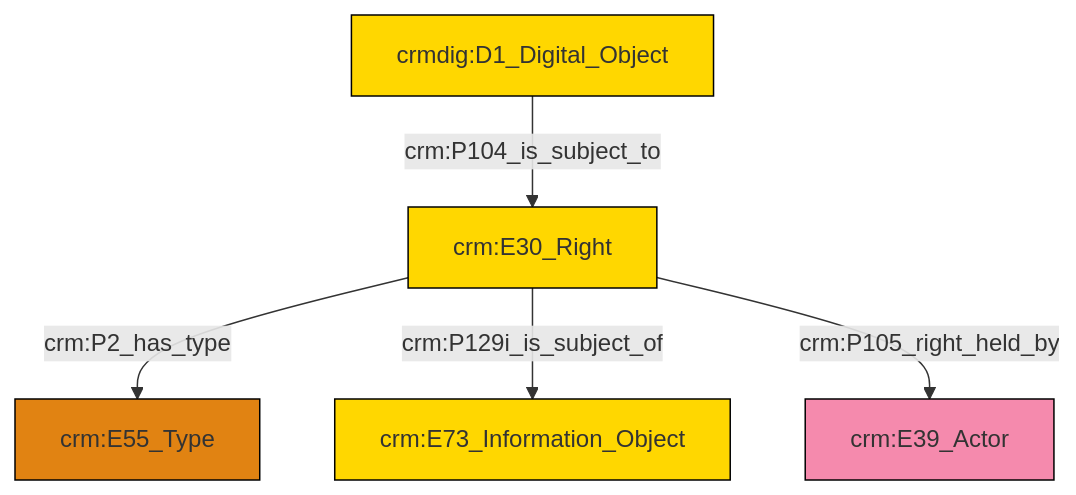
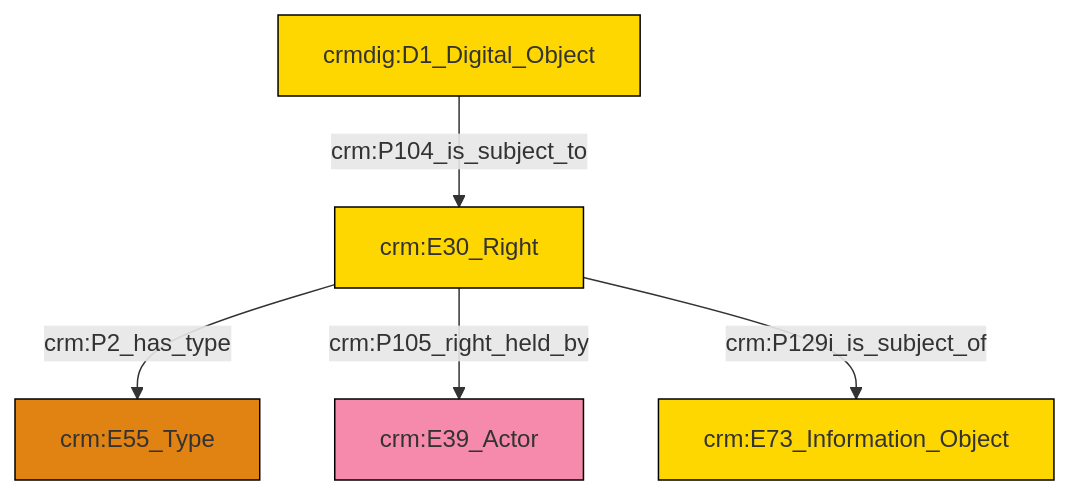
One commit to swiss-art-research-net/reference-data-models changed the diagram in et/doCSV/ttl/mmd/do_rights.ttl.mmd. Above: the diagram before and after it, drawn with Mermaid. The commit also changed 128 other files, not shown here.

```diff
--- a/et/doCSV/ttl/mmd/do_rights.ttl.mmd
+++ b/et/doCSV/ttl/mmd/do_rights.ttl.mmd
@@ -1,19 +1,19 @@
 graph TD
 classDef Literal fill:#f2f2f2,stroke:#000000;
 classDef CRM_Entity fill:#FFFFFF,stroke:#000000;
 classDef Temporal_Entity fill:#00C9E6, stroke:#000000;
 classDef Type fill:#E18312, stroke:#000000;
 classDef Time-Span fill:#2C9C91, stroke:#000000;
 classDef Appellation fill:#FFEB7F, stroke:#000000;
 classDef Place fill:#008836, stroke:#000000;
 classDef Persistent_Item fill:#B266B2, stroke:#000000;
 classDef Conceptual_Object fill:#FFD700, stroke:#000000;
 classDef Physical_Thing fill:#D2B48C, stroke:#000000;
 classDef Actor fill:#f58aad, stroke:#000000;
 classDef PC_Classes fill:#4ce600, stroke:#000000;
 classDef Multi fill:#cccccc,stroke:#000000;
 
-0["crm:E30_Right"]:::Conceptual_Object -->|crm:P2_has_type| 1["crm:E55_Type"]:::Type
-2["crmdig:D1_Digital_Object"]:::Conceptual_Object -->|crm:P104_is_subject_to| 0["crm:E30_Right"]:::Conceptual_Object
-0["crm:E30_Right"]:::Conceptual_Object -->|crm:P129i_is_subject_of| 4["crm:E73_Information_Object"]:::Conceptual_Object
-0["crm:E30_Right"]:::Conceptual_Object -->|crm:P105_right_held_by| 8["crm:E39_Actor"]:::Actor
+4["crm:E30_Right"]:::Conceptual_Object -->|crm:P2_has_type| 6["crm:E55_Type"]:::Type
+4["crm:E30_Right"]:::Conceptual_Object -->|crm:P105_right_held_by| 2["crm:E39_Actor"]:::Actor
+8["crmdig:D1_Digital_Object"]:::Conceptual_Object -->|crm:P104_is_subject_to| 4["crm:E30_Right"]:::Conceptual_Object
+4["crm:E30_Right"]:::Conceptual_Object -->|crm:P129i_is_subject_of| 0["crm:E73_Information_Object"]:::Conceptual_Object
```
